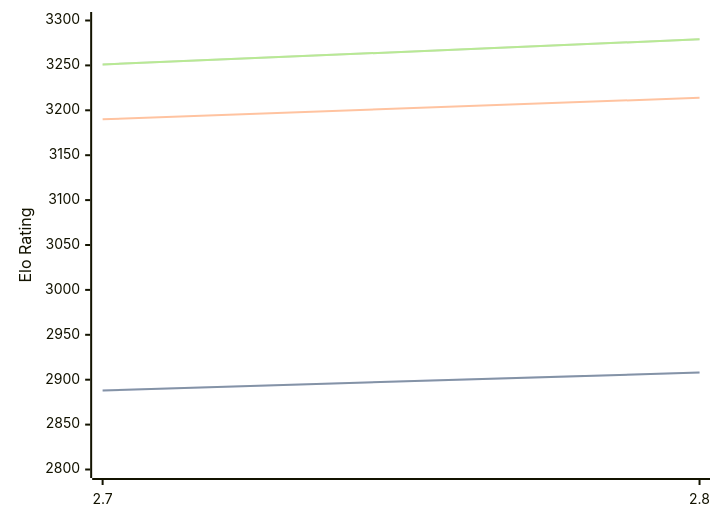
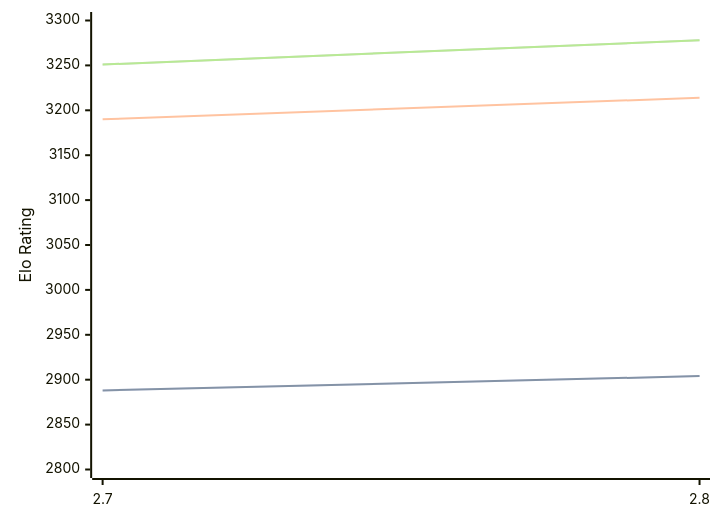
One commit to computer-chess-index/cci changed the diagram in engines/Arcanum.md. Above: the diagram before and after it, drawn with Mermaid. The commit also changed other lines of this file, not shown here.

Commit message:
Update CCI Ratings (ELO VLTC) - 2026-08-06

````diff
--- a/engines/Arcanum.md
+++ b/engines/Arcanum.md
@@ -44,11 +44,11 @@
 ```mermaid
 %%{init: {"theme":"base","themeVariables":{"seriesColors:['#a3a3a3','#222221','#faa371']}}}%%
 xychart-beta
   x-axis ["2.7", "2.8"]
   y-axis "Elo Rating" 2800 --> 3300
-  line "STC (8.0+0.08s)" [2888, 2908]
-  line "STC (8.0+0.08s)" [2888, 2908]
+  line "STC (8.0+0.08s)" [2888, 2904]
+  line "STC (8.0+0.08s)" [2888, 2904]
   line "LTC (60.0+0.60s)" [3190, 3214]
-  line "VLTC (2m24s+1.12s)" [3251, 3279]
-  line "VLTC (2m24s+1.12s)" [3251, 3279]
+  line "VLTC (2m24s+1.12s)" [3251, 3278]
+  line "VLTC (2m24s+1.12s)" [3251, 3278]
 ```
````
